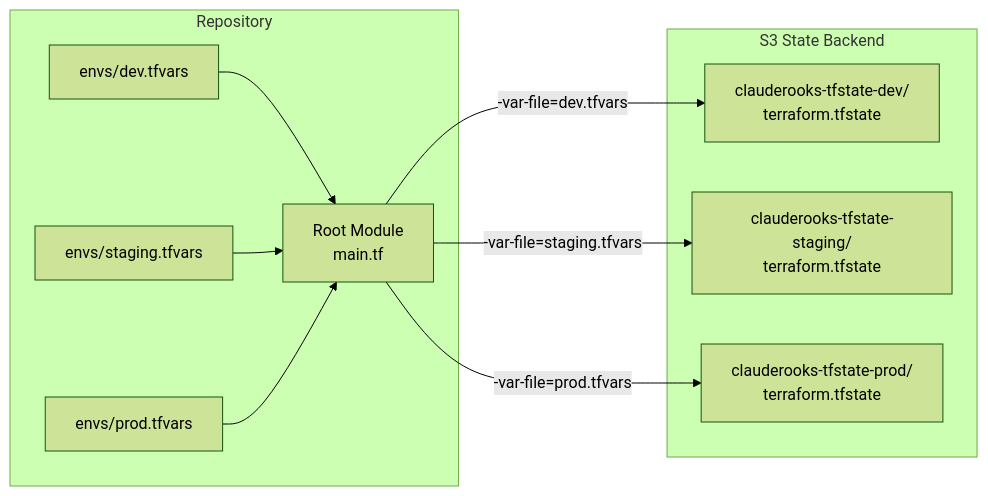
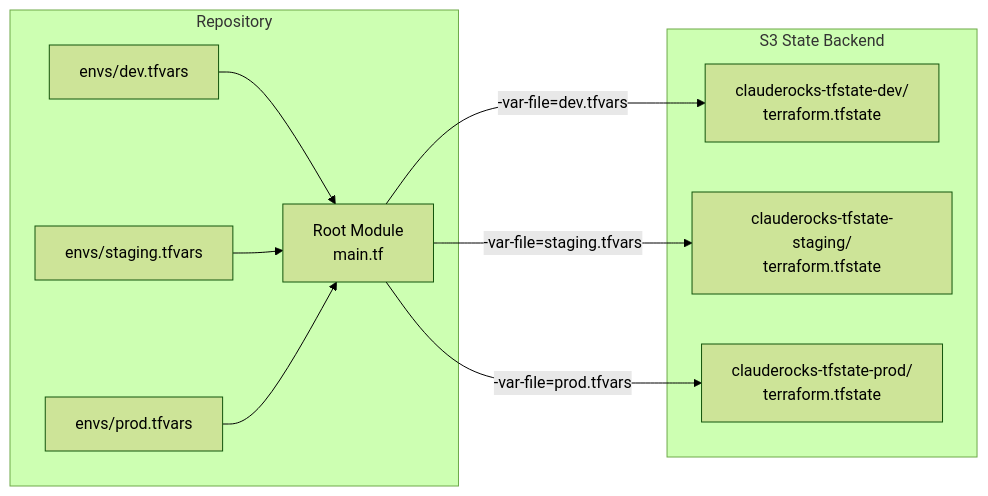
The third of 4 diagrams in docs/HLD.md (matomitw/clauderocks), drawn with Mermaid (forest theme) before and after one commit. The commit also changed other lines of this file and 24 other files, not shown here.

````diff
--- a/docs/HLD.md
+++ b/docs/HLD.md
@@ -161,22 +161,22 @@
 ```mermaid
 graph LR
     subgraph "Repository"
         ROOT["Root Module<br/>main.tf"]
         DEV_VARS["envs/dev.tfvars"]
         STG_VARS["envs/staging.tfvars"]
         PRD_VARS["envs/prod.tfvars"]
     end
 
     subgraph "S3 State Backend"
-        DEV_STATE["clauderooks-tfstate-dev/<br/>terraform.tfstate"]
-        STG_STATE["clauderooks-tfstate-staging/<br/>terraform.tfstate"]
-        PRD_STATE["clauderooks-tfstate-prod/<br/>terraform.tfstate"]
+        DEV_STATE["clauderocks-tfstate-dev/<br/>terraform.tfstate"]
+        STG_STATE["clauderocks-tfstate-staging/<br/>terraform.tfstate"]
+        PRD_STATE["clauderocks-tfstate-prod/<br/>terraform.tfstate"]
     end
 
     ROOT -->|"-var-file=dev.tfvars"| DEV_STATE
     ROOT -->|"-var-file=staging.tfvars"| STG_STATE
     ROOT -->|"-var-file=prod.tfvars"| PRD_STATE
     DEV_VARS --> ROOT
     STG_VARS --> ROOT
     PRD_VARS --> ROOT
 ```
````
